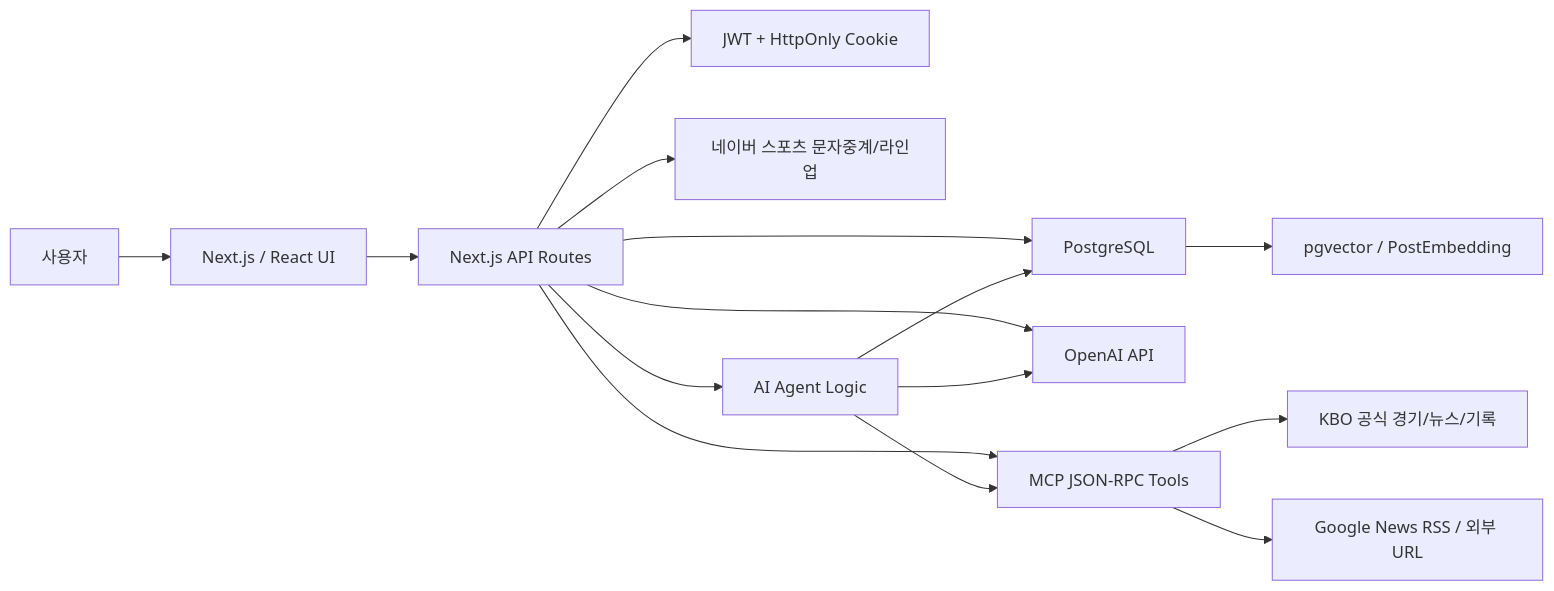
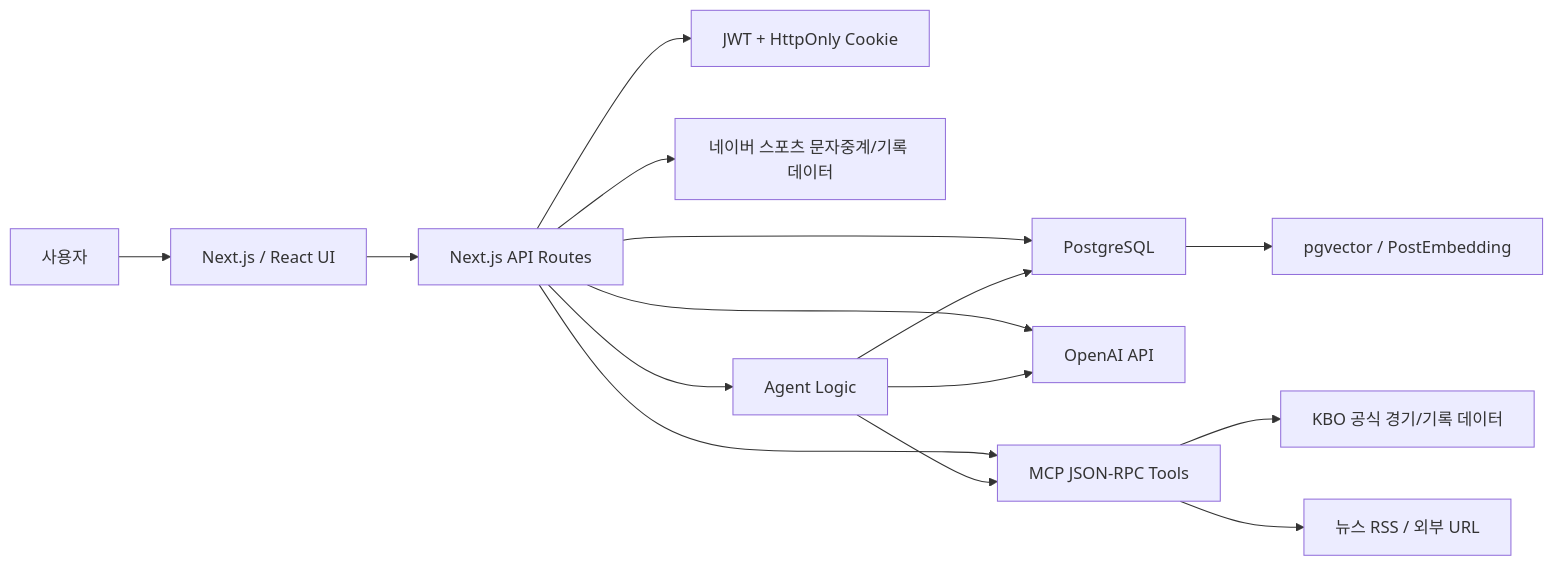
The diagram in README.md (seok3m4/AI_w15-16), drawn with Mermaid before and after one commit. The commit also changed other lines of this file, not shown here.

````diff
--- a/README.md
+++ b/README.md
@@ -89,17 +91,17 @@
 ```mermaid
 flowchart LR
     User["사용자"] --> UI["Next.js / React UI"]
     UI --> API["Next.js API Routes"]
     API --> Auth["JWT + HttpOnly Cookie"]
     API --> DB["PostgreSQL"]
     DB --> Vector["pgvector / PostEmbedding"]
     API --> OpenAI["OpenAI API"]
     API --> MCP["MCP JSON-RPC Tools"]
-    MCP --> KBO["KBO 공식 경기/뉴스/기록"]
-    MCP --> News["Google News RSS / 외부 URL"]
-    API --> Naver["네이버 스포츠 문자중계/라인업"]
-    API --> Agent["AI Agent Logic"]
+    MCP --> KBO["KBO 공식 경기/기록 데이터"]
+    MCP --> News["뉴스 RSS / 외부 URL"]
+    API --> Naver["네이버 스포츠 문자중계/기록 데이터"]
+    API --> Agent["Agent Logic"]
+    Agent --> DB
     Agent --> OpenAI
-    Agent --> DB
     Agent --> MCP
 ```
````
